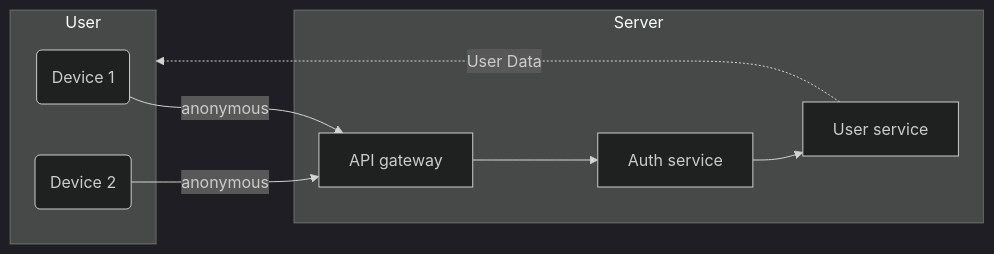
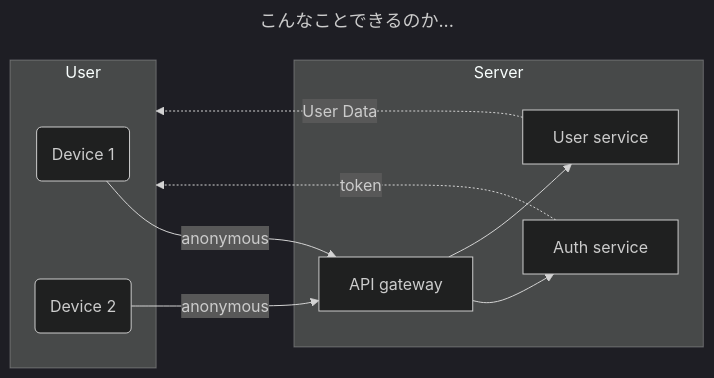
Before and after one commit to pond6/midfocus: the third of 3 diagrams in articles/7c0f846c007389.md, drawn with Mermaid (dark theme). The commit also changed other lines of this file, not shown here.

````diff
--- a/articles/7c0f846c007389.md
+++ b/articles/7c0f846c007389.md
@@ -162,18 +163,22 @@
 ```mermaid
+---
+title: こんなことできるのか...
+---
 flowchart LR
   subgraph User
     Device1(Device 1)
     Device2(Device 2)
   end
   subgraph Server
     API[API gateway]
     Auth[Auth service]
     Service[User service]
   end
 
   Device1 -->|anonymous| API
   Device2 -->|anonymous| API
   API --> Auth
-  Auth --> Service
+  Auth -. token .-> User
+  API --> Service
   Service -. User Data .-> User
 ```
````
